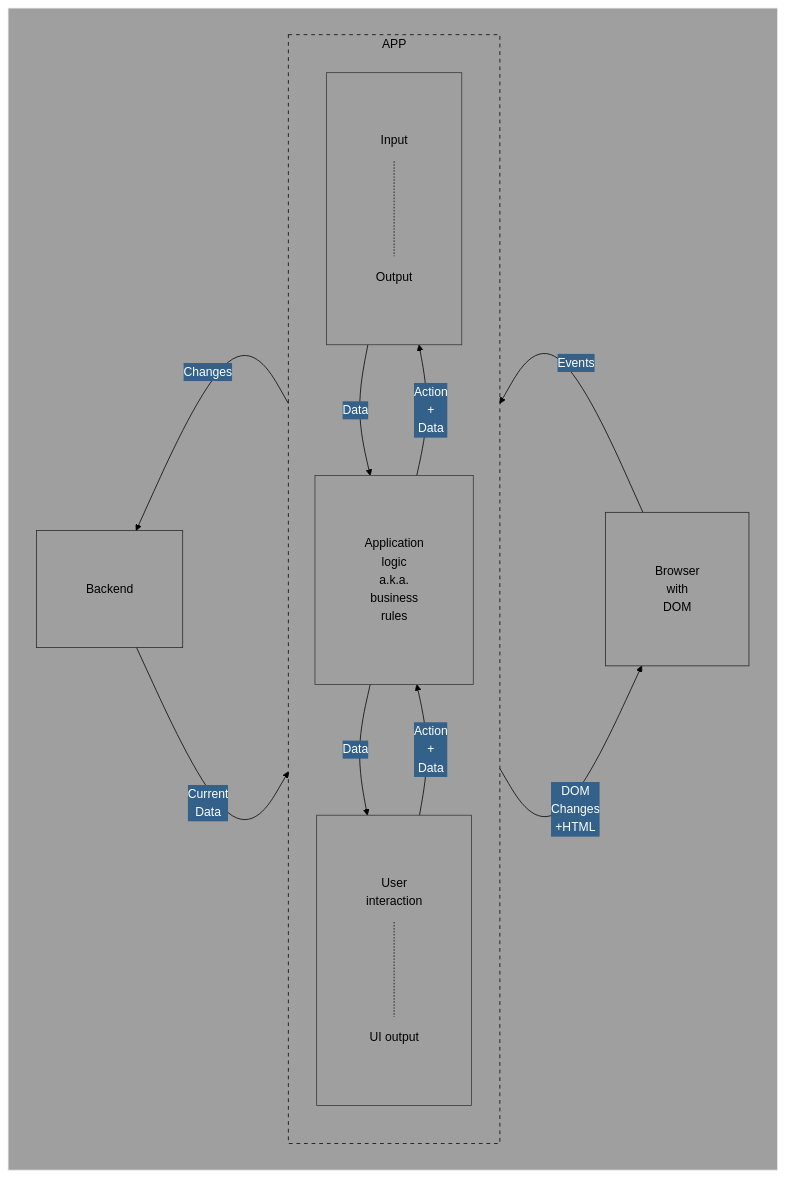
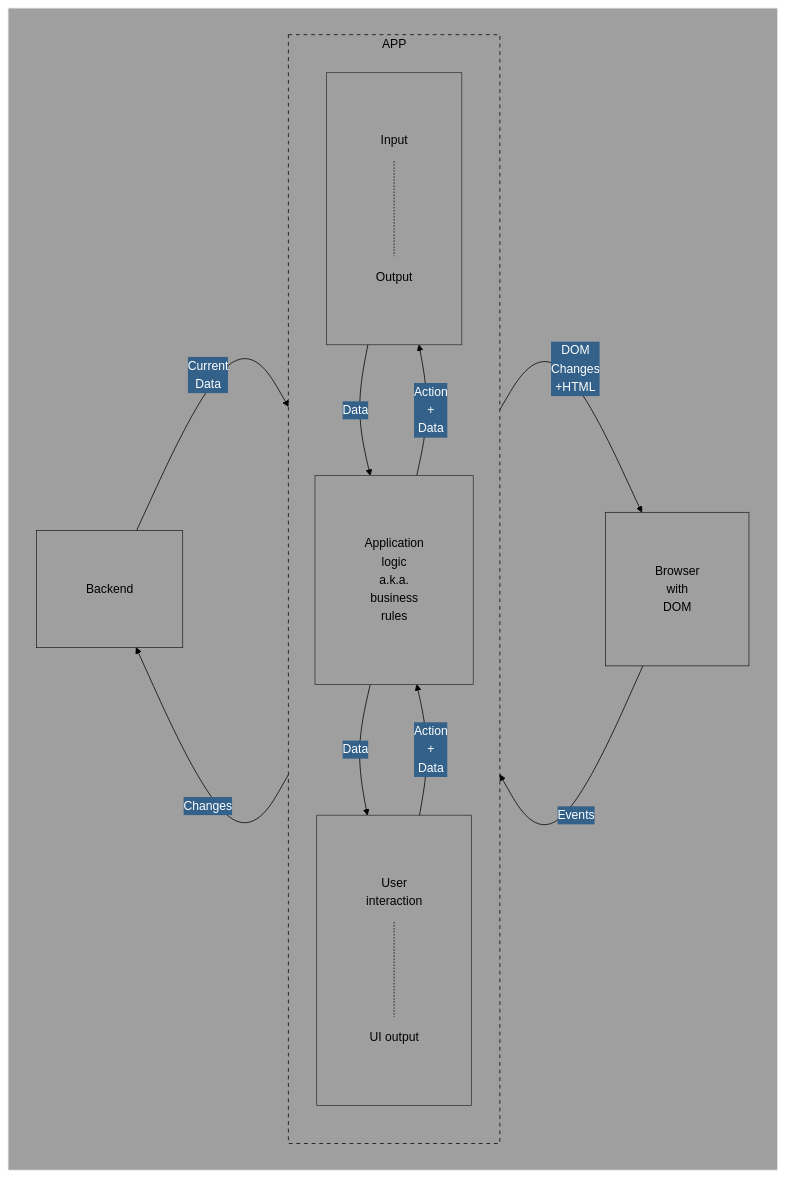
Before and after one commit to tomlajtos/my-dev-notes_dendron: the diagram in vault/winc-academy-notes.front-end-course.10_talking-to-the-back-end.md, drawn with Mermaid. The commit also changed other lines of this file, not shown here.

Commit message:
fix(flowchart): change direction RL to LR

````diff
--- a/vault/winc-academy-notes.front-end-course.10_talking-to-the-back-end.md
+++ b/vault/winc-academy-notes.front-end-course.10_talking-to-the-back-end.md
@@ -514,65 +514,65 @@
 ```mermaid
 %%{
   init: {
     'theme': 'base',
     'themeVariables': {
       'primaryColor': '#BB2528',
       'primaryTextColor': '#fff',
       'primaryBorderColor': '#7C0000',
       'lineColor': '#000000',
       'secondaryColor': '#336189',
       'tertiaryColor': '#fff'
     }
   }
 }%%
 
 flowchart   LR
 id1[Browser \n with \n DOM]
 id2[User \n interaction]
 id3[UI output]
 id4[Application \n logic \n a.k.a. \n business \n rules]
 id5[Input]
 id6[Output]
 id7[Backend]
 
 classDef container fill: #9f9f9f, color: transparent
 classDef app color:#000, fill:transparent, stroke:#000, stroke-dasharray: 5 5
 classDef s3 fill:transparent, stroke: #2f2f2f
 classDef s1 fill:transparent, stroke: #252525, color:transparent
 classDef s2 fill:transparent, stroke: #353535, color:transparent
 classDef s3 fill:transparent, stroke: transparent, color:#000
 
 container:::container
 subgraph container
-direction RL
-Server:::s1
-    subgraph Server
-    id7:::s3
+direction LR
+    Browser:::s1
+    subgraph Browser
+        id1:::s3
     end
-APP:::app
+    APP:::app
     subgraph APP
-        direction TB
+    direction TB
         UI:::s2
         subgraph UI
             direction TB
             id2:::s3 -.- id3:::s3
         end
         LOGIC:::s2
         subgraph LOGIC
             id4:::s3
         end
         I/O:::s2
         subgraph I/O
             direction TB
             id5:::s3 -.- id6:::s3
         end
     end
-Browser:::s1
-subgraph Browser
-id1:::s3
-end
+Server:::s1
+    subgraph Server
+      id7:::s3
+    end
 end
 
 Browser --Events--> UI --Action \n + \n Data --> LOGIC --Action \n + \n Data --> I/O --Changes--> Server --Current\nData--> I/O --Data--> LOGIC --Data--> UI --DOM\nChanges\n+HTML--> Browser
 
 ```
````
